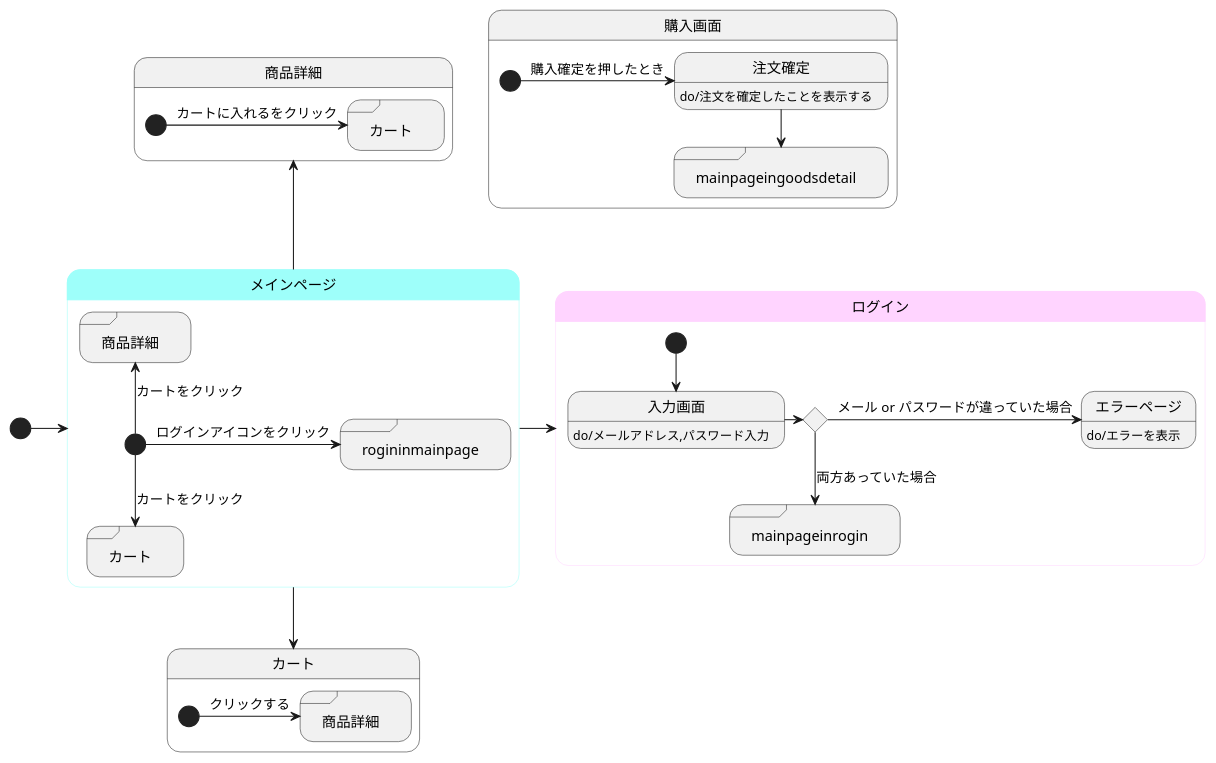
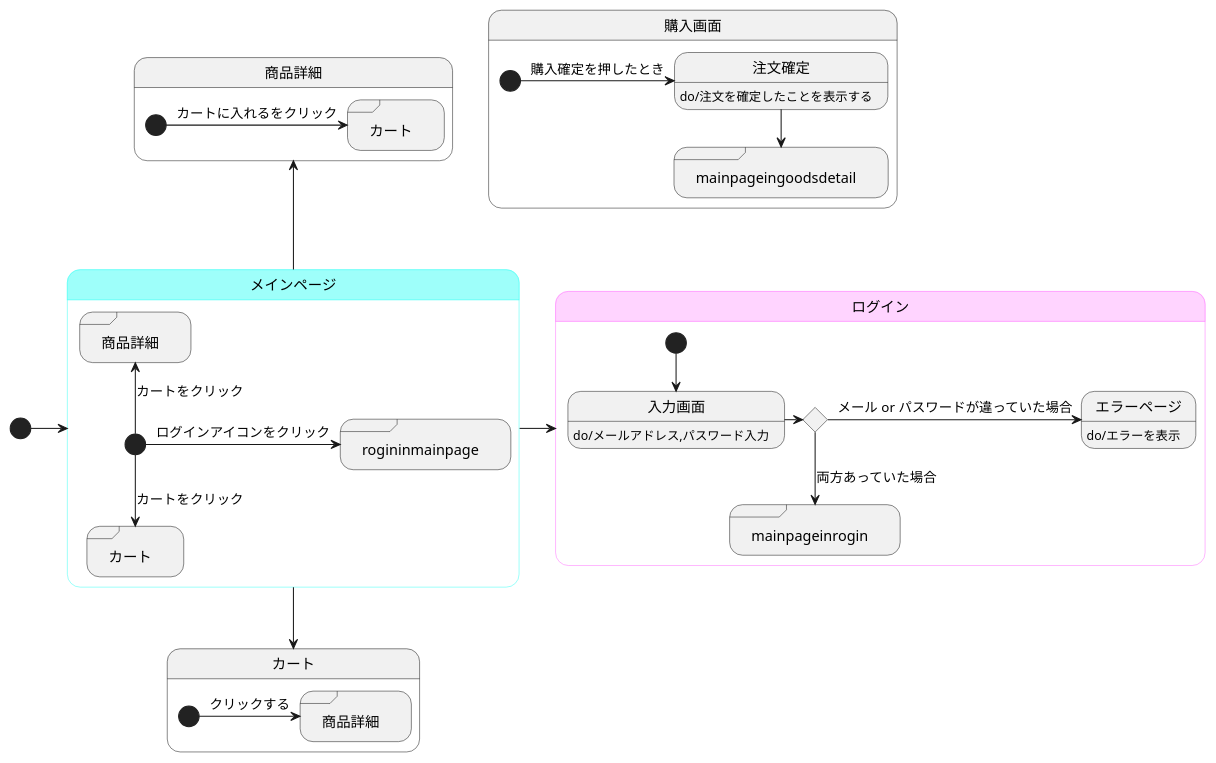
Before and after one commit to akutori/T-D-E: the diagram in UML.md, drawn with PlantUML.

Commit message:
枠線の調整

````diff
--- a/UML.md
+++ b/UML.md
@@ -1,66 +1,66 @@
 ```uml
 @startuml
 
 
 
 
 [*]->メインページ
 メインページ->ログイン
 メインページ-->カート
 メインページ-up->商品詳細
 
 state メインページ<<mainpage>>{
 state "ログイン" as rogininmainpage  <<sdlreceive>>
 state "カート" as cartinmainpage <<sdlreceive>>
 state "商品詳細" as goodsdetailinmainpage <<sdlreceive>>
     [*]-> rogininmainpage :ログインアイコンをクリック
     [*]--> cartinmainpage :カートをクリック
     [*]-up-> goodsdetailinmainpage :カートをクリック
 }
 
 state ログイン<<rogin>>{
 state input <<choice>>
 state "メインページ" as mainpageinrogin<<sdlreceive>>
 
 入力画面:do/メールアドレス,パスワード入力
 エラーページ:do/エラーを表示
     [*]--> 入力画面
     入力画面->input
     input->エラーページ:メール or パスワードが違っていた場合
     input-->mainpageinrogin : 両方あっていた場合
 
 }
 
 state 購入画面{
 state "メインページ" as mainpageingoodsdetail<<sdlreceive>>
 注文確定:do/注文を確定したことを表示する
     [*]->注文確定 :購入確定を押したとき
     注文確定-->mainpageingoodsdetail
 }
 
 
 state カート{
 state "商品詳細" as goodsdetailincart <<sdlreceive>>
 
     [*]->goodsdetailincart :クリックする
 }
 
 state 商品詳細{
 state "カート" as cartingoodsdetail <<sdlreceive>>
 
     [*]->cartingoodsdetail :カートに入れるをクリック
 }
 
 ' メインページカラー
-skinparam stateBorderColor<<mainpage>> #9efffa
+skinparam stateBorderColor<<mainpage>> #40fff5
 state メインページ #9efffa
 state mainpageingoodsdetail #9efffa
 state mainpageinrogin #9efffa
 
 ' ログインカラー
-skinparam stateBorderColor<<rogin>> #ffd4ff
+skinparam stateBorderColor<<rogin>> #ff73ff
 state ログイン #ffd4ff
 state rogininmainpage #ffd4ff
 
 @enduml
 ```
````
